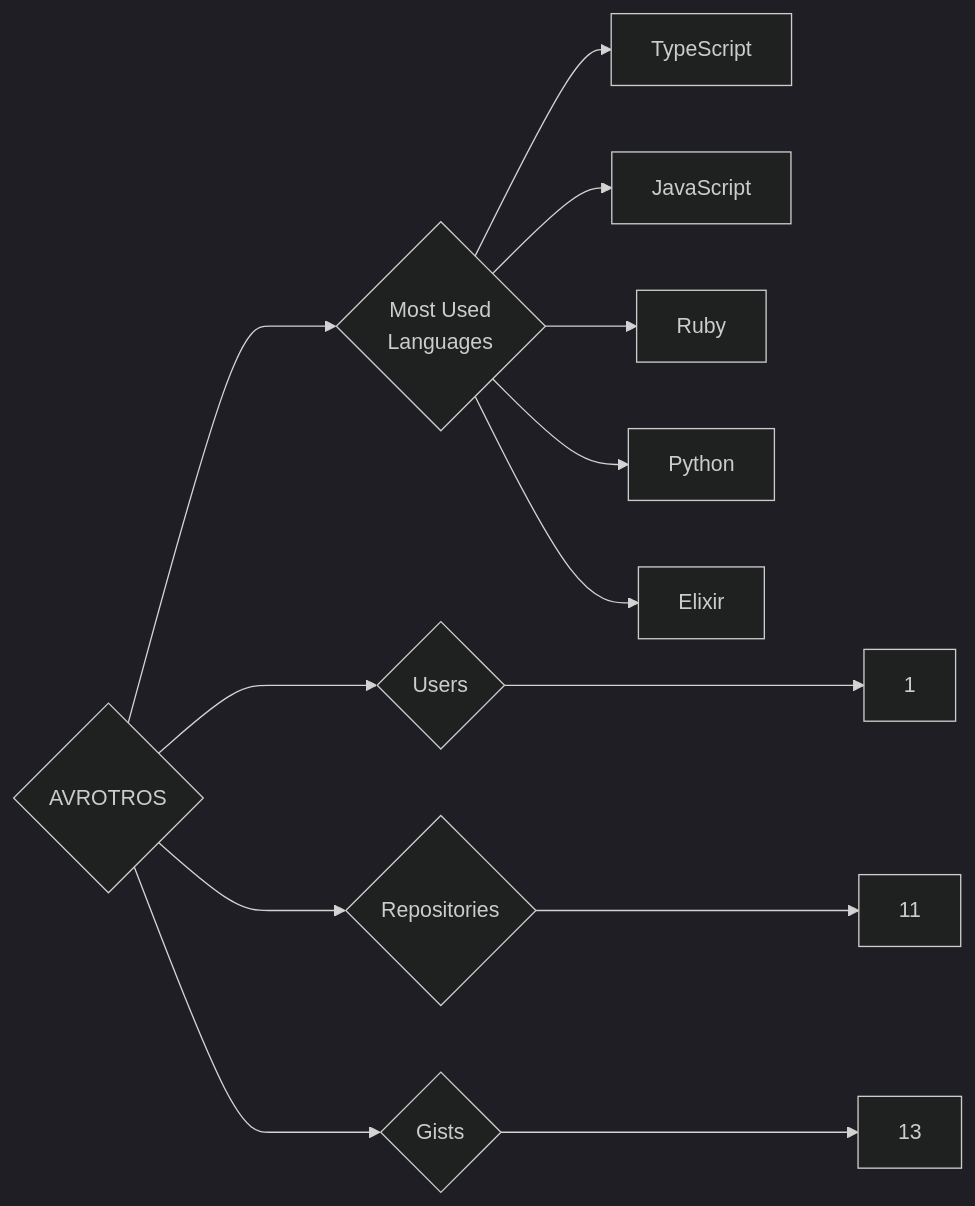
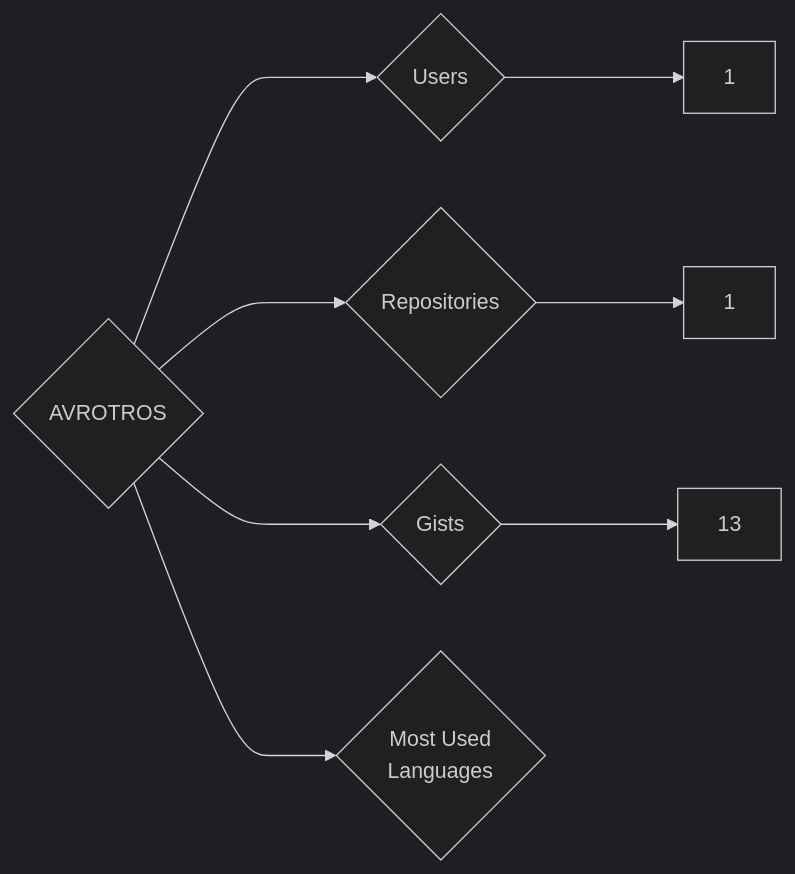
The diagram in targets/AVROTROS/README.md (trickest/insiders), drawn with Mermaid (dark theme) before and after one commit. The commit also changed 1123 other files, not shown here.

````diff
--- a/targets/AVROTROS/README.md
+++ b/targets/AVROTROS/README.md
@@ -3,13 +3,8 @@
 ```mermaid
 graph LR
 COMPANY_NAME{AVROTROS}
 COMPANY_NAME ---> U{Users} ---> UN[1]
-COMPANY_NAME ---> R{Repositories} ---> RN[11]
+COMPANY_NAME ---> R{Repositories} ---> RN[1]
 COMPANY_NAME ---> G{Gists} ---> GN[13]
 COMPANY_NAME ---> ML{Most Used<br>Languages}
-ML --> TypeScript[TypeScript]
-ML --> JavaScript[JavaScript]
-ML --> Ruby[Ruby]
-ML --> Python[Python]
-ML --> Elixir[Elixir]
 ```
````
